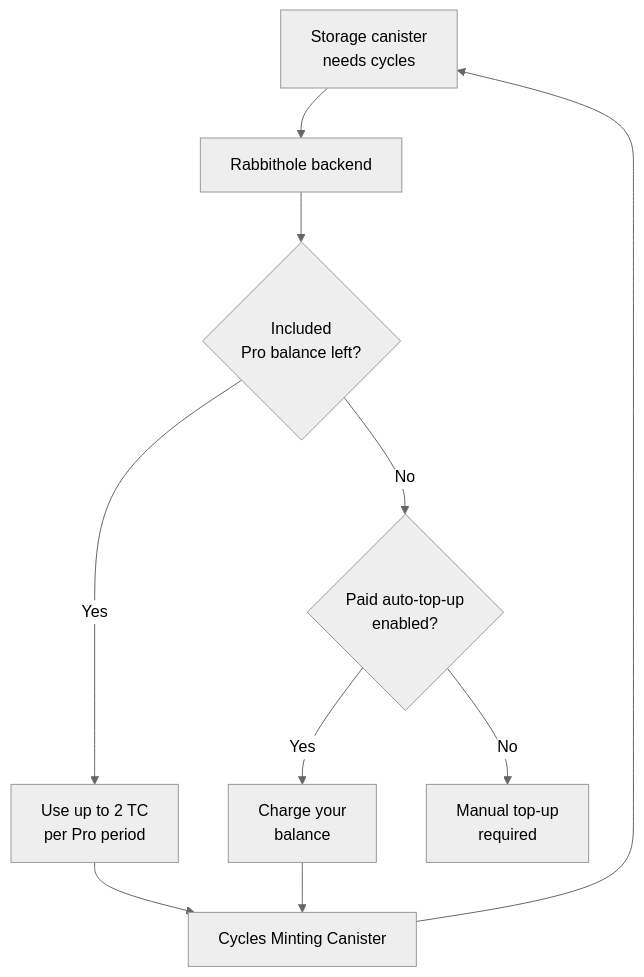
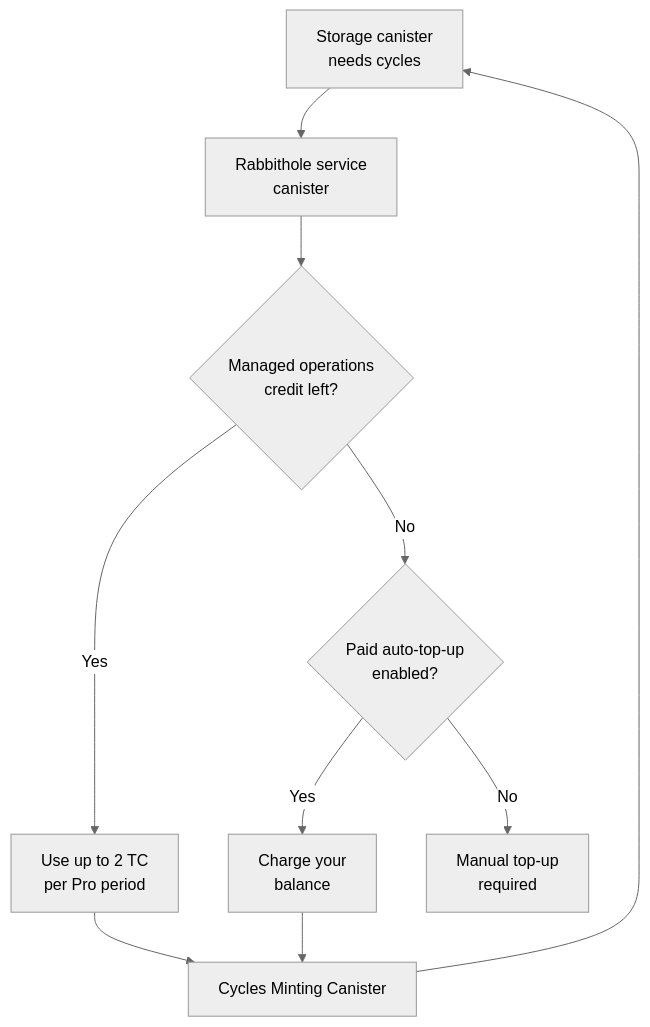
Before and after one commit to rabbithole-app/v2: the first of 3 diagrams in apps/docs/src/en/how-it-works/payment.md, drawn with Mermaid (neutral theme). The commit also changed other lines of this file and 35 other files, not shown here.

````diff
--- a/apps/docs/src/en/how-it-works/payment.md
+++ b/apps/docs/src/en/how-it-works/payment.md
@@ -53,12 +59,12 @@
 ```mermaid
 flowchart TD
-    S["Storage canister<br/>needs cycles"] --> B["Rabbithole backend"]
-    B --> I{"Included<br/>Pro balance left?"}
+    S["Storage canister<br/>needs cycles"] --> B["Rabbithole service<br/>canister"]
+    B --> I{"Managed operations<br/>credit left?"}
     I -->|Yes| P["Use up to 2 TC<br/>per Pro period"]
     I -->|No| A{"Paid auto-top-up<br/>enabled?"}
     A -->|Yes| U["Charge your<br/>balance"]
     A -->|No| M["Manual top-up<br/>required"]
     P --> CMC["Cycles Minting Canister"]
     U --> CMC
     CMC --> S
 ```
````
